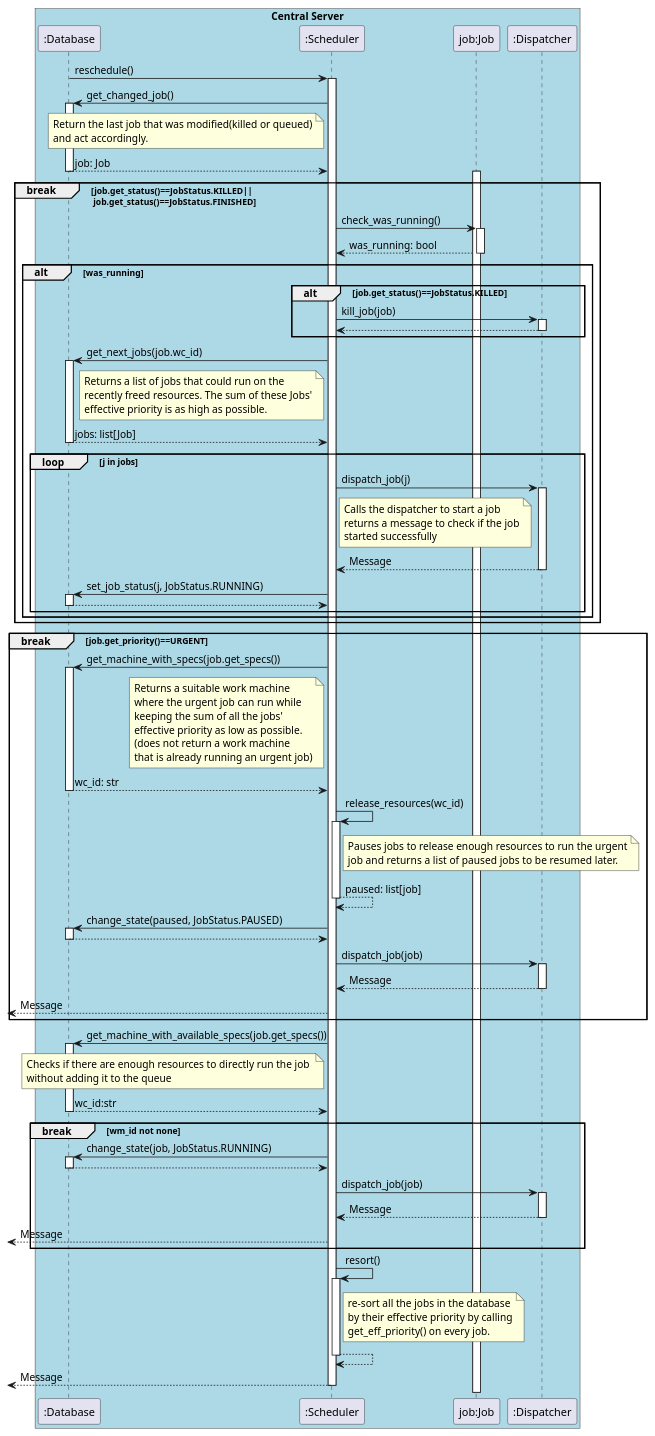
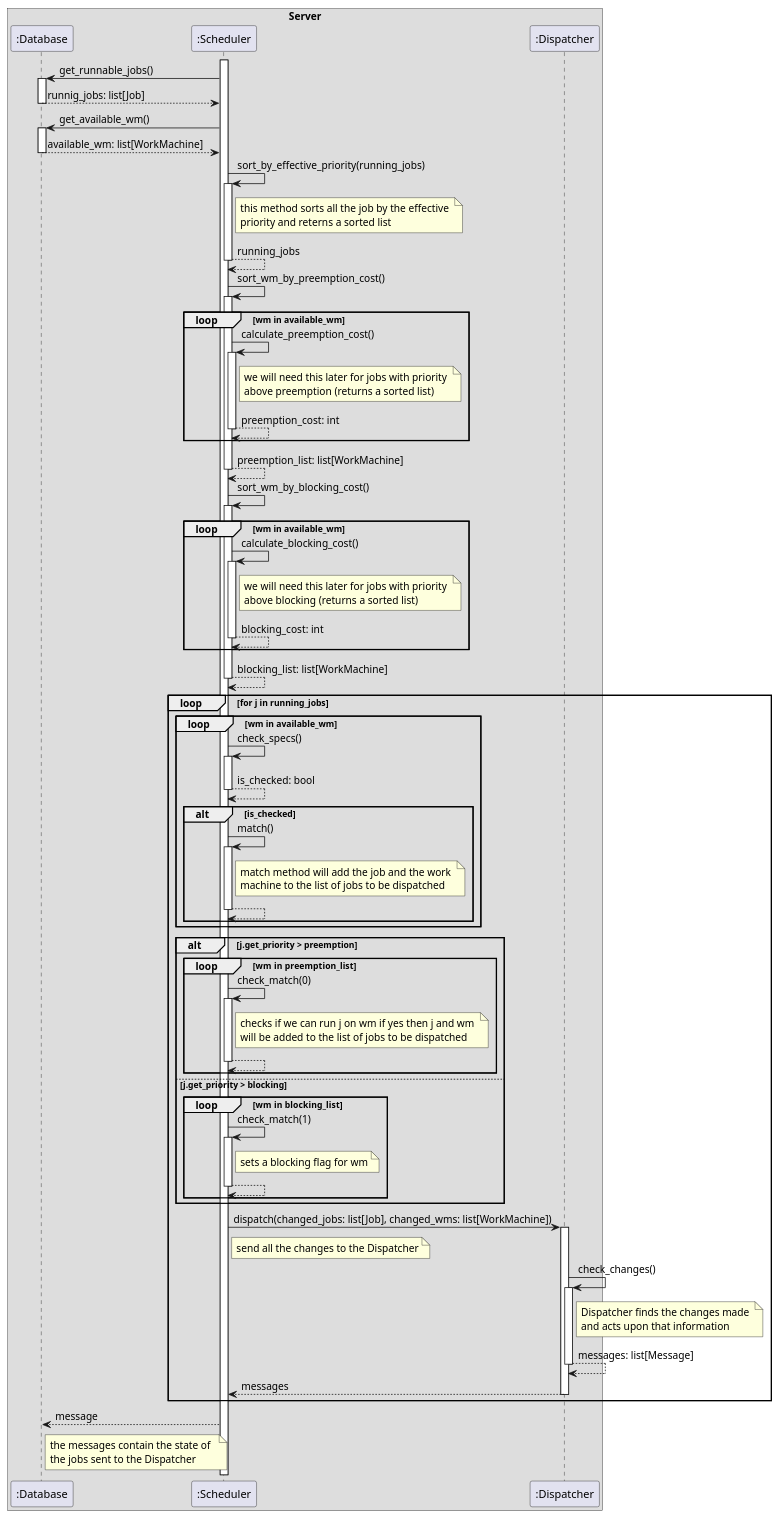
Before and after one commit to DistributedTaskScheduling/documentation: the diagram in design/sequence/scheduler-low.puml, drawn with PlantUML.

```diff
--- a/design/sequence/scheduler-low.puml
+++ b/design/sequence/scheduler-low.puml
@@ -1,112 +1,104 @@
-@startuml
+@startuml test
 
-box "Central Server" #Lightblue
-    participant ":Database"
-    participant ":Scheduler"
-    participant "job:Job"
-    participant ":Dispatcher"
+box "Server"
+    participant ":Database" as db
+    participant ":Scheduler" as s
+    participant ":Dispatcher" as d
 end box
 
+s++
+s -> db ++: get_runnable_jobs()
+db --> s --: runnig_jobs: list[Job]
 
-":Database" -> ":Scheduler" ++: reschedule()
-":Scheduler" -> ":Database" ++: get_changed_job()
-note left of ":Scheduler"
-    Return the last job that was modified(killed or queued)
-    and act accordingly.
+s -> db ++: get_available_wm()
+db --> s --: available_wm: list[WorkMachine]
+
+s -> s ++: sort_by_effective_priority(running_jobs)
+note right of s 
+    this method sorts all the job by the effective 
+    priority and reterns a sorted list 
 end note
+s --> s --: running_jobs
 
-":Database" --> ":Scheduler" --: job: Job
-activate "job:Job"
+s -> s ++: sort_wm_by_preemption_cost()
+    loop wm in available_wm
+        s -> s ++: calculate_preemption_cost()
+        note right of s 
+            we will need this later for jobs with priority 
+            above preemption (returns a sorted list)
+        end note
+        s --> s --: preemption_cost: int
+    end 
+s --> s --: preemption_list: list[WorkMachine]
 
-
-break job.get_status()==JobStatus.KILLED||\n job.get_status()==JobStatus.FINISHED
-    ":Scheduler" -> "job:Job" ++:check_was_running()
-    "job:Job" --> ":Scheduler" --: was_running: bool
-
-    alt was_running
-        alt job.get_status()==JobStatus.KILLED
-            ":Scheduler" -> ":Dispatcher" ++: kill_job(job)
-            ":Dispatcher" --> ":Scheduler" --
-        end
-        ":Scheduler" -> ":Database" ++: get_next_jobs(job.wc_id)
-        note left of ":Scheduler"
-            Returns a list of jobs that could run on the 
-            recently freed resources. The sum of these Jobs'
-            effective priority is as high as possible.
+s -> s ++: sort_wm_by_blocking_cost()
+    loop wm in available_wm
+        s -> s ++: calculate_blocking_cost()
+        note right of s 
+            we will need this later for jobs with priority 
+            above blocking (returns a sorted list)
         end note
-
-        ":Database" --> ":Scheduler" --: jobs: list[Job]
-        loop j in jobs
-            ":Scheduler" -> ":Dispatcher" ++ : dispatch_job(j)
-            note right of ":Scheduler"
-                Calls the dispatcher to start a job
-                returns a message to check if the job
-                started successfully
-            end note
-            ":Dispatcher" --> ":Scheduler" --:Message
-            ":Scheduler" -> ":Database"++: set_job_status(j, JobStatus.RUNNING)
-            ":Database" --> ":Scheduler" --
-        end    
-    end
-end
-
-break  job.get_priority()==URGENT
-    ":Scheduler" -> ":Database" ++: get_machine_with_specs(job.get_specs())
-    note left of ":Scheduler"
-        Returns a suitable work machine 
-        where the urgent job can run while
-        keeping the sum of all the jobs'
-        effective priority as low as possible.
-        (does not return a work machine
-        that is already running an urgent job)
-    end note
-    ":Database" --> ":Scheduler" --: wc_id: str
-    ":Scheduler" -> ":Scheduler" ++: release_resources(wc_id)
-    note right of  ":Scheduler"
-        Pauses jobs to release enough resources to run the urgent
-        job and returns a list of paused jobs to be resumed later.
-    end note
-    ":Scheduler" --> ":Scheduler" -- : paused: list[job]
-    ":Scheduler" -> ":Database" ++: change_state(paused, JobStatus.PAUSED)
-    ":Database" --> ":Scheduler" --:
-
-    ":Scheduler" -> ":Dispatcher" ++: dispatch_job(job)
-
-    ":Scheduler" <-- ":Dispatcher" --: Message
-    <-- ":Scheduler" : Message
-end
-
-
-":Scheduler" -> ":Database" ++: get_machine_with_available_specs(job.get_specs())
-    note left of ":Scheduler"
-        Checks if there are enough resources to directly run the job 
-        without adding it to the queue
-    end note
-":Database" --> ":Scheduler" --: wc_id:str
-
-break wm_id not none
-
-    ":Scheduler" -> ":Database" ++: change_state(job, JobStatus.RUNNING)
-    ":Database" --> ":Scheduler" --:
-
-    ":Scheduler" -> ":Dispatcher" ++: dispatch_job(job)
-    ":Dispatcher" --> ":Scheduler" -- : Message
-    <-- ":Scheduler" : Message
-end
+        s --> s --: blocking_cost: int
+    end 
+s --> s --: blocking_list: list[WorkMachine]
 
 
 
-":Scheduler" -> ":Scheduler" ++: resort()
-    note right of ":Scheduler"
-        re-sort all the jobs in the database
-        by their effective priority by calling
-        get_eff_priority() on every job.
-    end note
-":Scheduler" --> ":Scheduler" --:
+loop    for j in running_jobs
+
+    loop wm in available_wm
+        s -> s ++: check_specs()
+        s --> s --: is_checked: bool
+        alt is_checked
+            s -> s ++: match()
+            note right of s
+                match method will add the job and the work 
+                machine to the list of jobs to be dispatched 
+            end note
+            s --> s --:
+        end    
+    end
+
+    alt j.get_priority > preemption
+        loop wm in  preemption_list
+        s -> s ++: check_match(0)
+        note right of s
+            checks if we can run j on wm if yes then j and wm 
+            will be added to the list of jobs to be dispatched
+        end note
+        s --> s --:
+        end
 
 
+    else j.get_priority > blocking 
+        loop wm in  blocking_list
+        s -> s ++: check_match(1)
+        note right of s 
+            sets a blocking flag for wm
+        end note 
+        s --> s --: 
+        end
 
-     <-- ":Scheduler" : Message
-deactivate ":Scheduler"
+    end
+
+
+    s -> d ++: dispatch(changed_jobs: list[Job], changed_wms: list[WorkMachine])
+    note right of s 
+        send all the changes to the Dispatcher
+    end note
+    d -> d ++: check_changes()
+        note right of d 
+            Dispatcher finds the changes made 
+            and acts upon that information
+        end note 
+    d --> d --: messages: list[Message]
+    d --> s --: messages
+end
+
+s --> db : message
+note right of db 
+    the messages contain the state of  
+    the jobs sent to the Dispatcher
+end note 
 
 @enduml
```
